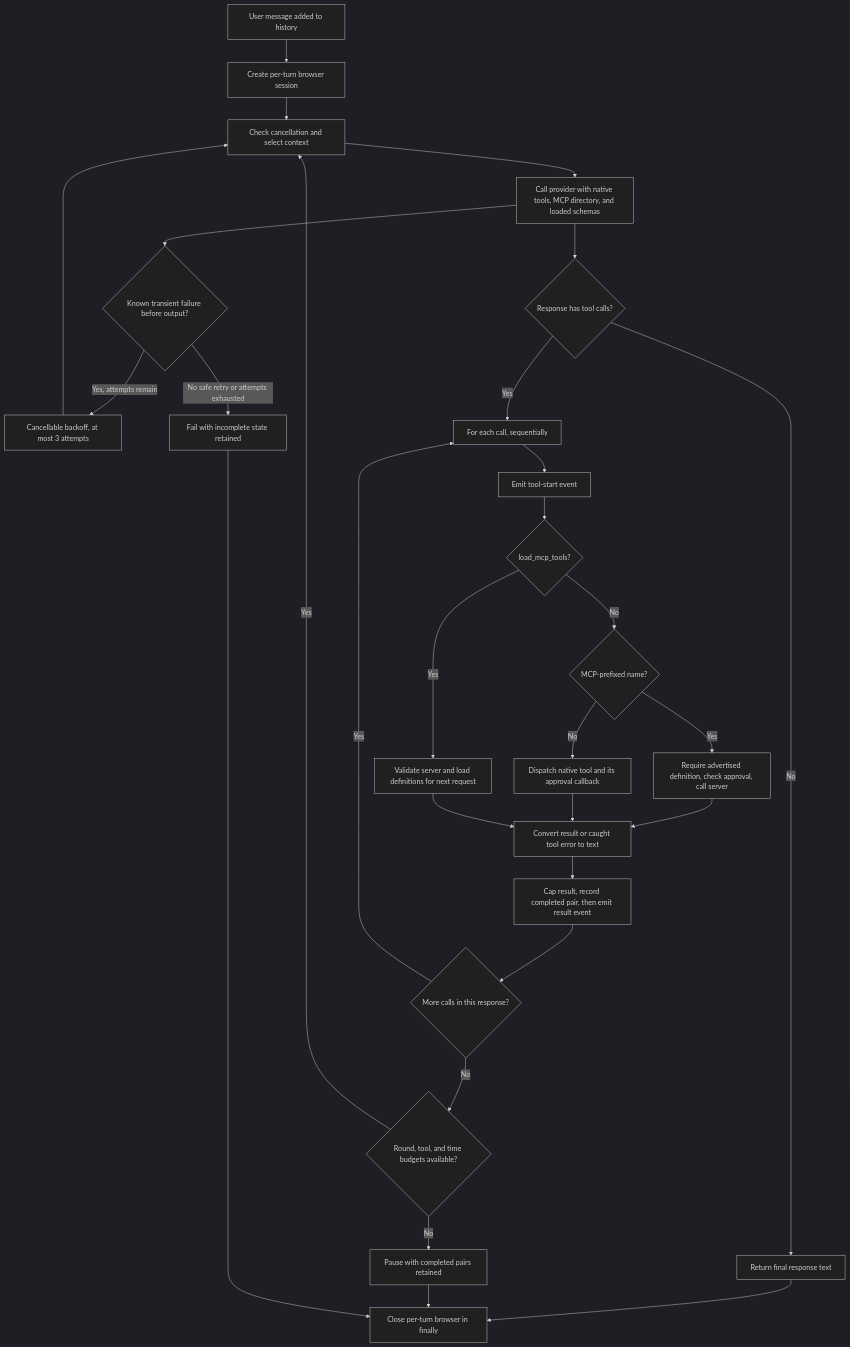
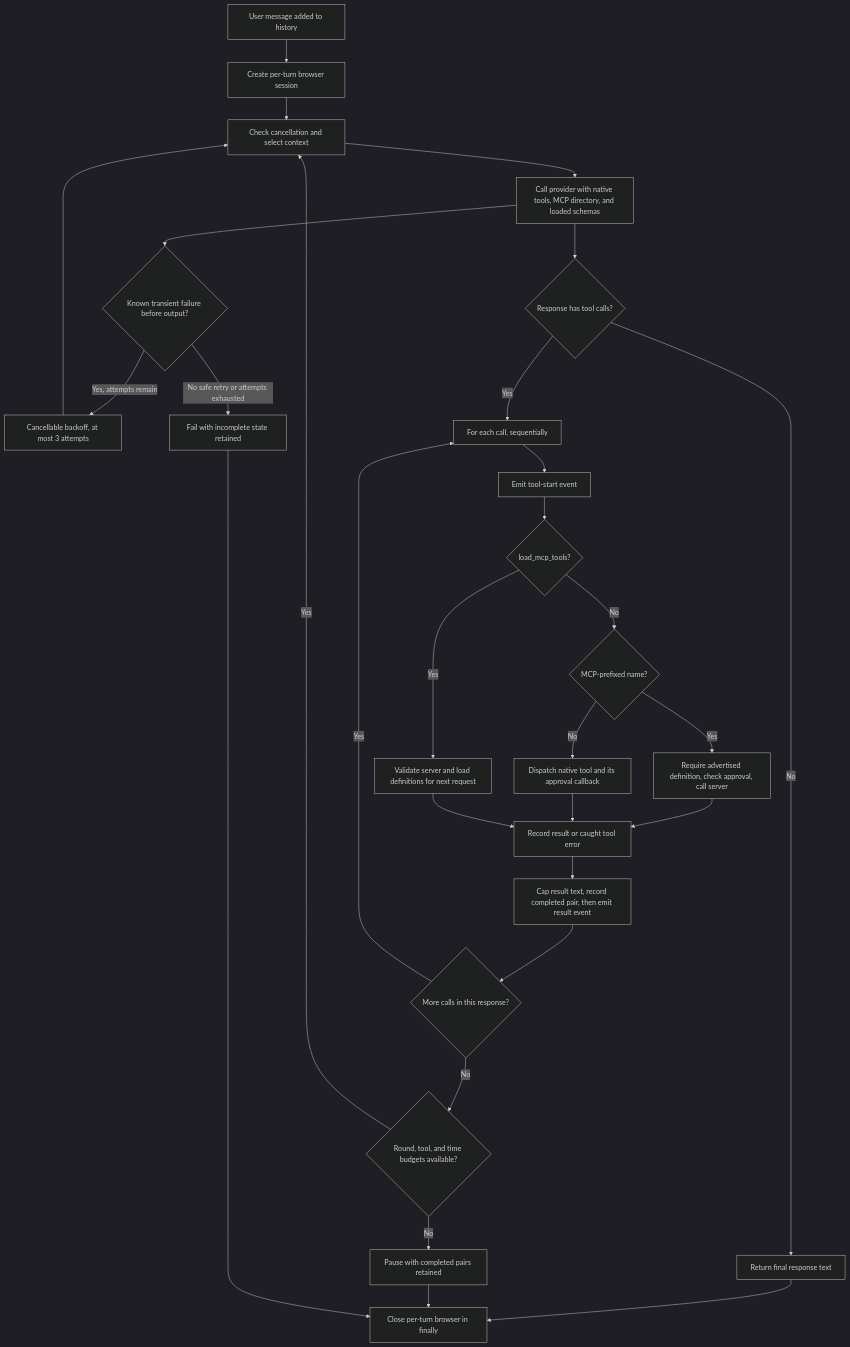
Before and after one commit to MetalCloth/mini-hermes: the first of 4 diagrams in src/docs/04-agent-loop-and-context.md, drawn with Mermaid (dark theme). The commit also changed other lines of this file and 20 other files, not shown here.

````diff
--- a/src/docs/04-agent-loop-and-context.md
+++ b/src/docs/04-agent-loop-and-context.md
@@ -32,31 +32,31 @@
 ```mermaid
 flowchart TD
     A["User message added to history"] --> B["Create per-turn browser session"]
     B --> C["Check cancellation and select context"]
     C --> D["Call provider with native tools, MCP directory, and loaded schemas"]
     D --> RETRY{"Known transient failure before output?"}
     RETRY -->|"Yes, attempts remain"| WAIT["Cancellable backoff, at most 3 attempts"]
     WAIT --> C
     RETRY -->|"No safe retry or attempts exhausted"| FAIL["Fail with incomplete state retained"]
     D --> E{"Response has tool calls?"}
     E -->|"No"| F["Return final response text"]
     E -->|"Yes"| G["For each call, sequentially"]
     G --> H["Emit tool-start event"]
     H --> LOAD{"load_mcp_tools?"}
     LOAD -->|"Yes"| DEF["Validate server and load definitions for next request"]
     LOAD -->|"No"| I{"MCP-prefixed name?"}
     I -->|"Yes"| J["Require advertised definition, check approval, call server"]
     I -->|"No"| K["Dispatch native tool and its approval callback"]
-    J --> L["Convert result or caught tool error to text"]
+    J --> L["Record result or caught tool error"]
     K --> L
     DEF --> L
-    L --> M["Cap result, record completed pair, then emit result event"]
+    L --> M["Cap result text, record completed pair, then emit result event"]
     M --> N{"More calls in this response?"}
     N -->|"Yes"| G
     N -->|"No"| P{"Round, tool, and time budgets available?"}
     P -->|"Yes"| C
     P -->|"No"| Q["Pause with completed pairs retained"]
     F --> Z["Close per-turn browser in finally"]
     Q --> Z
     FAIL --> Z
 ```
````
